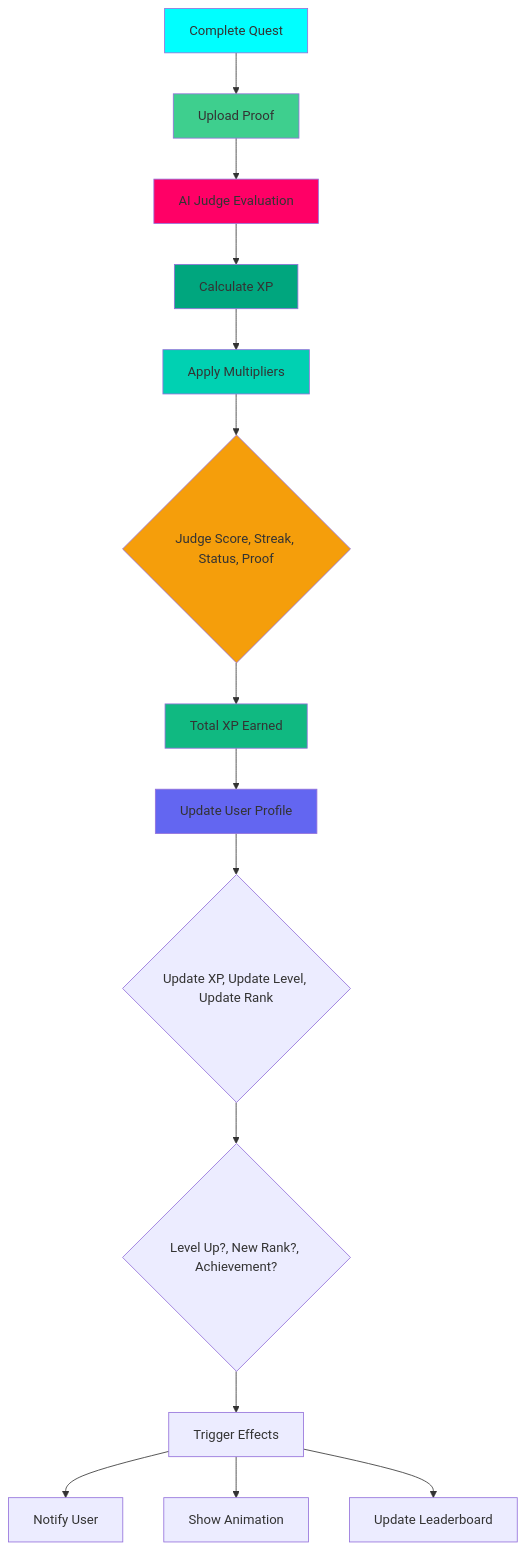
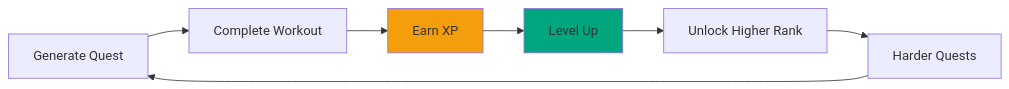
One commit to Nathasan1410/ASCEND-RPG-FITNESS-APP changed the diagram in gitbook/features/gamification.md. Above: the diagram before and after it, drawn with Mermaid. The commit also changed other lines of this file and 61 other files, not shown here.

````diff
--- a/gitbook/features/gamification.md
+++ b/gitbook/features/gamification.md
@@ -247,25 +7,12 @@
 ```mermaid
-graph TB
-    A[Complete Quest] --> B[Upload Proof]
-    B --> C[AI Judge Evaluation]
-    C --> D[Calculate XP]
-    D --> E[Apply Multipliers]
-    E --> F{Judge Score, Streak, Status, Proof}
-    F --> G[Total XP Earned]
-    G --> H[Update User Profile]
-    H --> I{Update XP, Update Level, Update Rank}
-    I --> J{Level Up?, New Rank?, Achievement?}
-    J --> K[Trigger Effects]
-    K --> L[Notify User]
-    K --> M[Show Animation]
-    K --> N[Update Leaderboard]
+graph LR
+    A[Generate Quest] --> B[Complete Workout]
+    B --> C[Earn XP]
+    C --> D[Level Up]
+    D --> E[Unlock Higher Rank]
+    E --> F[Harder Quests]
+    F --> A
 
-    style A fill:#00FFFF
-    style B fill:#3ECF8E
-    style C fill:#FF0066
-    style D fill:#00A67E
-    style E fill:#00D1B2
-    style F fill:#F59E0B
-    style G fill:#10B981
-    style H fill:#6366F1
+    style C fill:#f59e0b
+    style D fill:#00a67e
 ```
````
